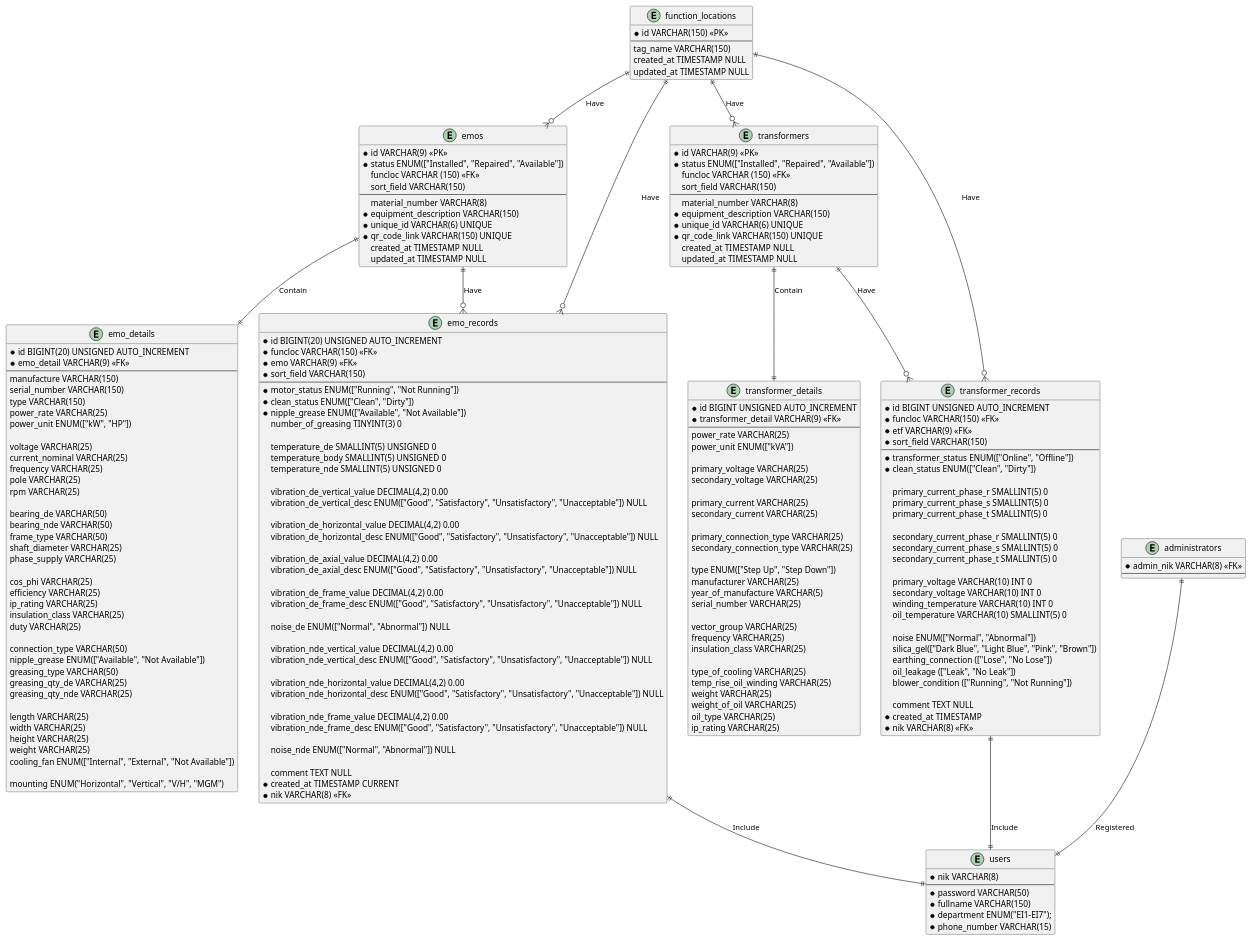
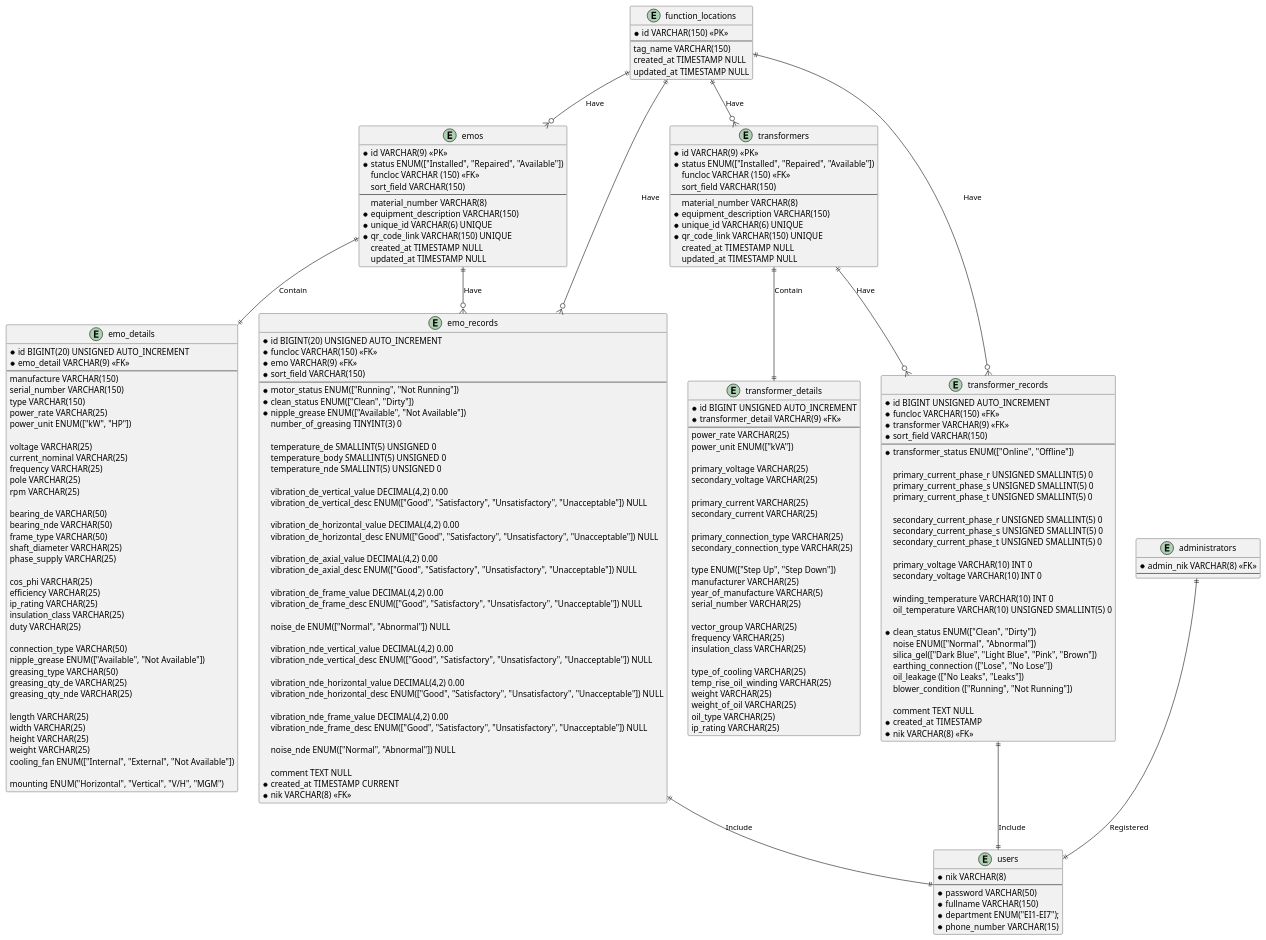
Before and after one commit to doniduaasattuu/fajar-e-maintenance: the diagram in database/emos/fajar_e_maintenance.puml, drawn with PlantUML. The commit also changed 10 other files, not shown here.

```diff
--- a/database/emos/fajar_e_maintenance.puml
+++ b/database/emos/fajar_e_maintenance.puml
@@ -176,31 +176,32 @@
 entity transformer_records {
     * id BIGINT UNSIGNED AUTO_INCREMENT
     * funcloc VARCHAR(150) <<FK>>
-    * etf VARCHAR(9) <<FK>>
+    * transformer VARCHAR(9) <<FK>>
     * sort_field VARCHAR(150)
     --
     * transformer_status ENUM(["Online", "Offline"])
-    * clean_status ENUM(["Clean", "Dirty"])
 
-      primary_current_phase_r SMALLINT(5) 0
-      primary_current_phase_s SMALLINT(5) 0
-      primary_current_phase_t SMALLINT(5) 0
+      primary_current_phase_r UNSIGNED SMALLINT(5) 0
+      primary_current_phase_s UNSIGNED SMALLINT(5) 0
+      primary_current_phase_t UNSIGNED SMALLINT(5) 0 
+
+      secondary_current_phase_r UNSIGNED SMALLINT(5) 0
+      secondary_current_phase_s UNSIGNED SMALLINT(5) 0
+      secondary_current_phase_t UNSIGNED SMALLINT(5) 0
       
-      secondary_current_phase_r SMALLINT(5) 0
-      secondary_current_phase_s SMALLINT(5) 0
-      secondary_current_phase_t SMALLINT(5) 0
-
       primary_voltage VARCHAR(10) INT 0
       secondary_voltage VARCHAR(10) INT 0
+
       winding_temperature VARCHAR(10) INT 0
-      oil_temperature VARCHAR(10) SMALLINT(5) 0
-     
+      oil_temperature VARCHAR(10) UNSIGNED SMALLINT(5) 0
+
+    * clean_status ENUM(["Clean", "Dirty"])
       noise ENUM(["Normal", "Abnormal"])
       silica_gel(["Dark Blue", "Light Blue", "Pink", "Brown"])
       earthing_connection (["Lose", "No Lose"])
-      oil_leakage (["Leak", "No Leak"])
+      oil_leakage (["No Leaks", "Leaks"])
       blower_condition (["Running", "Not Running"])
-
+     
       comment TEXT NULL
     * created_at TIMESTAMP
     * nik VARCHAR(8) <<FK>>
```
